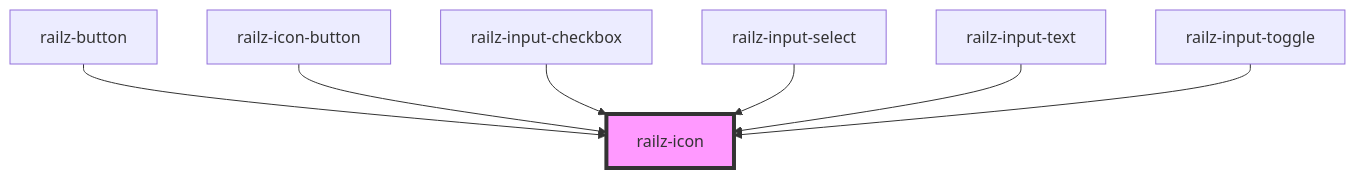
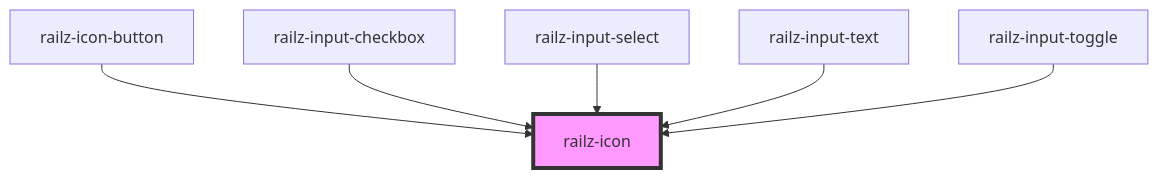
The diagram in design-components/packages/railz-components/src/components/railz-icon/readme.md (railz-ai/railz-uikit), drawn with Mermaid before and after one commit. The commit also changed other lines of this file and 5 other files, not shown here.

````diff
--- a/design-components/packages/railz-components/src/components/railz-icon/readme.md
+++ b/design-components/packages/railz-components/src/components/railz-icon/readme.md
@@ -26,10 +25,9 @@
 ```mermaid
 graph TD;
-  railz-button --> railz-icon
   railz-icon-button --> railz-icon
   railz-input-checkbox --> railz-icon
   railz-input-select --> railz-icon
   railz-input-text --> railz-icon
   railz-input-toggle --> railz-icon
   style railz-icon fill:#f9f,stroke:#333,stroke-width:4px
 ```
````
